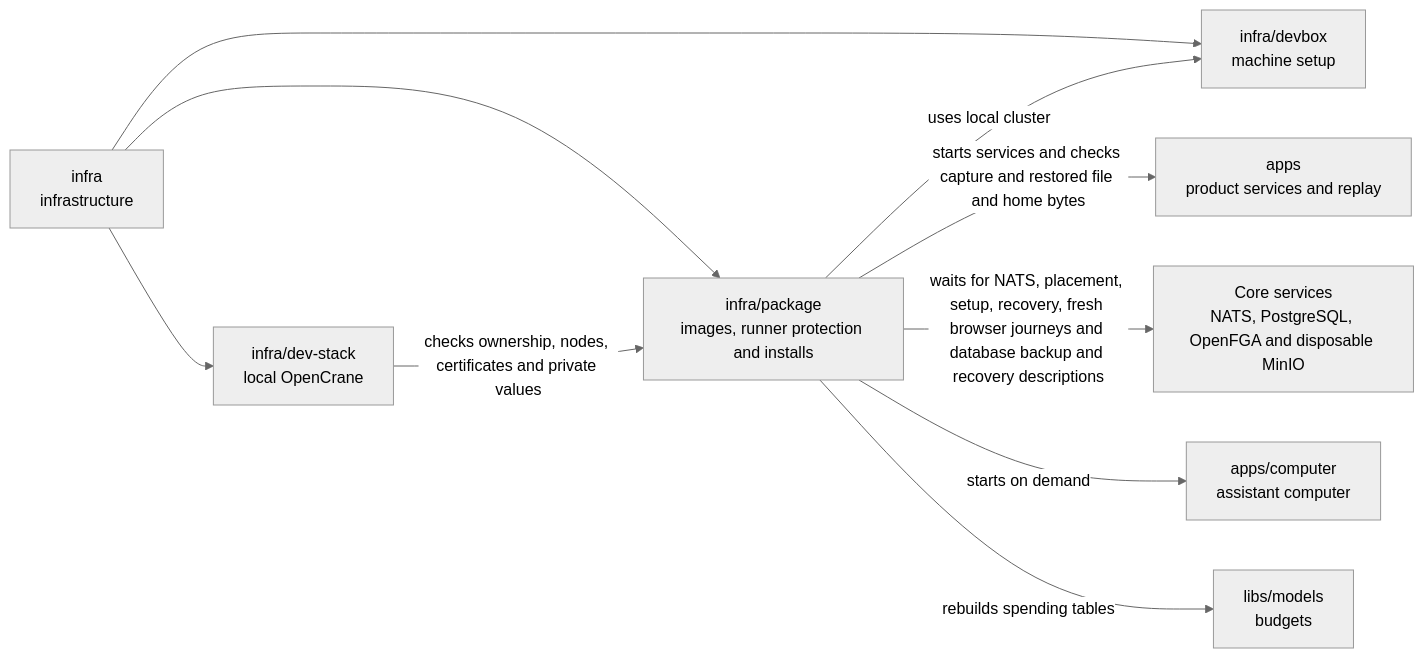
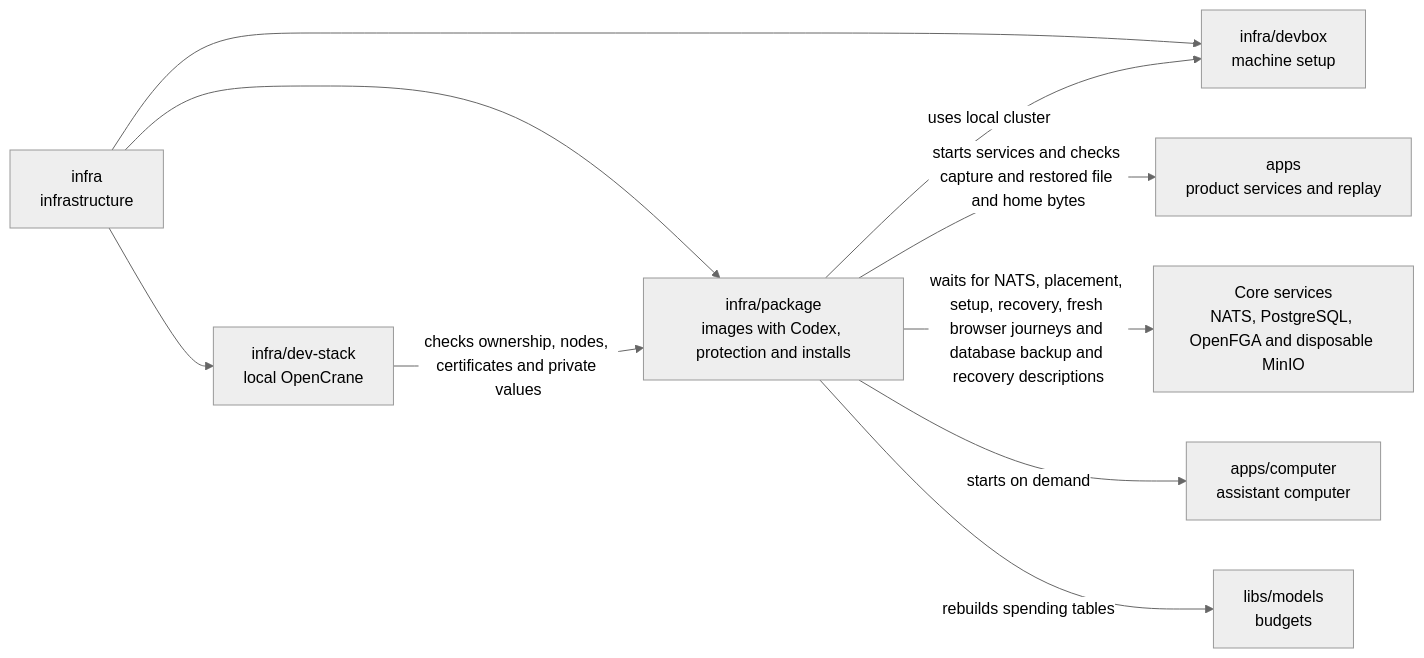
Before and after one commit to elewa-git/opencrane-new: the diagram in infra/package/README.md, drawn with Mermaid (neutral theme). The commit also changed other lines of this file and 9 other files, not shown here.

````diff
--- a/infra/package/README.md
+++ b/infra/package/README.md
@@ -19,12 +19,12 @@
 ```mermaid
 flowchart LR
-  infra["infra<br/>infrastructure"] --> package["infra/package<br/>images, runner protection and installs"]
+  infra["infra<br/>infrastructure"] --> package["infra/package<br/>images with Codex, protection and installs"]
   infra --> stack["infra/dev-stack<br/>local OpenCrane"]
   infra --> devbox["infra/devbox<br/>machine setup"]
   stack -->|checks ownership, nodes, certificates and private values| package
   package -->|uses local cluster| devbox
   package -->|starts services and checks capture and restored file and home bytes| apps["apps<br/>product services and replay"]
   package -->|waits for NATS, placement, setup, recovery, fresh browser journeys and database backup and recovery descriptions| services["Core services<br/>NATS, PostgreSQL, OpenFGA and disposable MinIO"]
   package -->|starts on demand| computer["apps/computer<br/>assistant computer"]
   package -->|rebuilds spending tables| models["libs/models<br/>budgets"]
 ```
````
